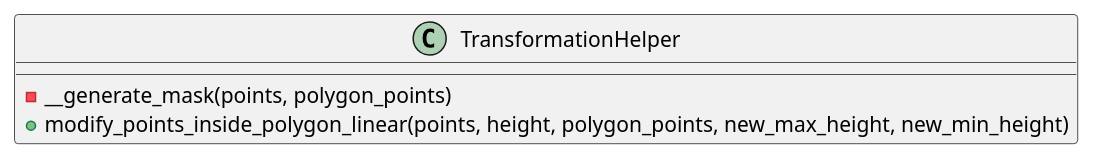
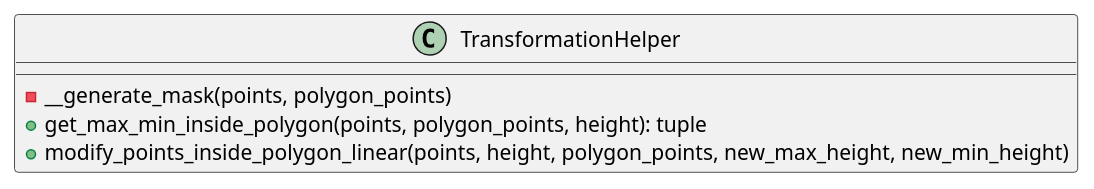
Before and after one commit to ferpoble2/Relief_Creator: the diagram in docs/classes/TransformationHelper.puml, drawn with PlantUML. The commit also changed 8 other files, not shown here.

Commit message:
Implemented logic to calculate the maximum and minimum height values of the points that are inside the polygon

```diff
--- a/docs/classes/TransformationHelper.puml
+++ b/docs/classes/TransformationHelper.puml
@@ -1,10 +1,11 @@
 @startuml
 'https://plantuml.com/class-diagram
 
 class TransformationHelper {
 
     - __generate_mask(points, polygon_points)
+    + get_max_min_inside_polygon(points, polygon_points, height): tuple
     + modify_points_inside_polygon_linear(points, height, polygon_points, new_max_height, new_min_height)
 }
 
 @enduml
```
